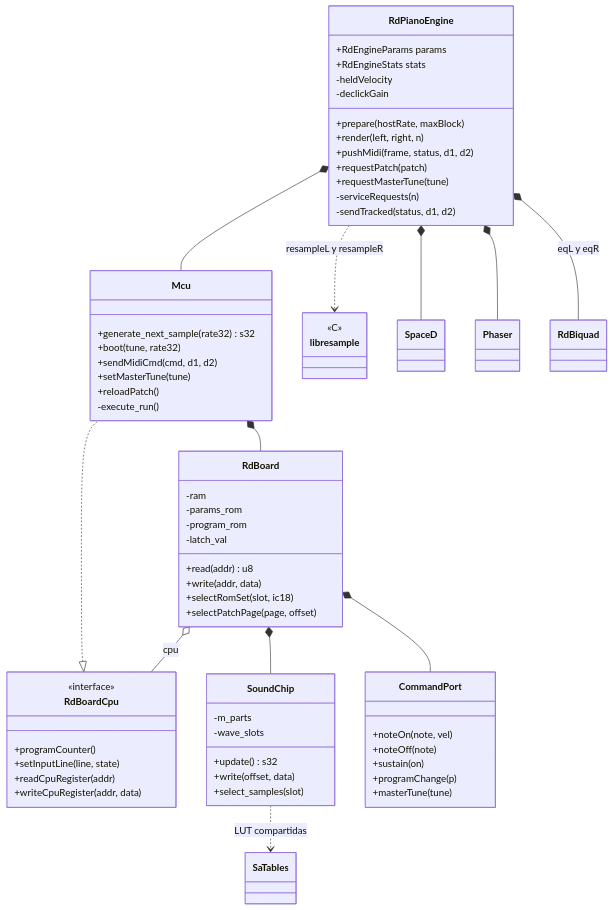
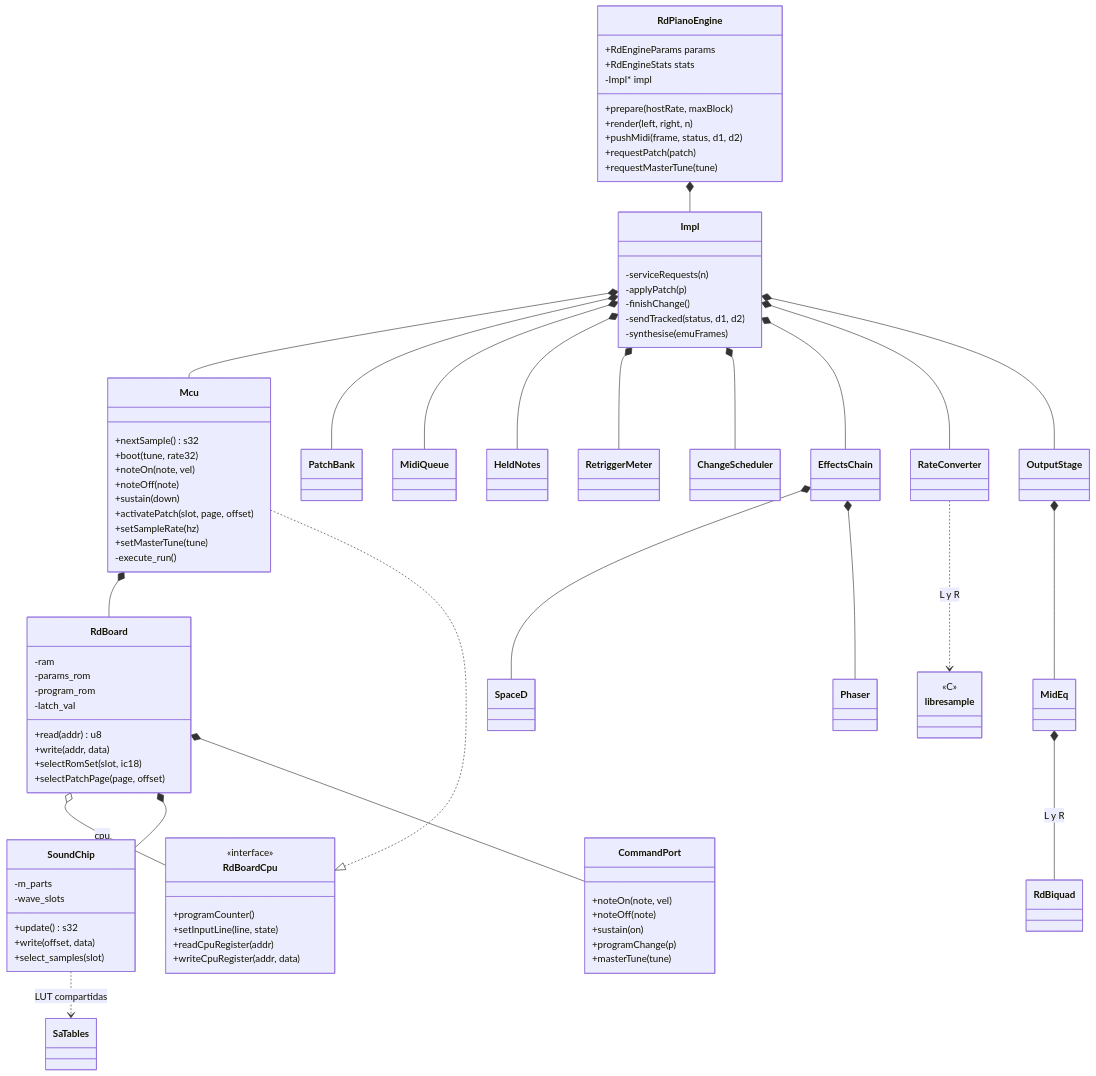
Before and after one commit to claudiodevia/rdpiano: the second of 12 diagrams in docs/ARQUITECTURA.md, drawn with Mermaid. The commit also changed other lines of this file and 37 other files, not shown here.

```diff
--- a/docs/ARQUITECTURA.md
+++ b/docs/ARQUITECTURA.md
@@ -103,17 +105,24 @@
         +pushMidi(frame, status, d1, d2)
         +requestPatch(patch)
         +requestMasterTune(tune)
+        -Impl* impl
+    }
+    class Impl {
         -serviceRequests(n)
+        -applyPatch(p)
+        -finishChange()
         -sendTracked(status, d1, d2)
-        -heldVelocity
-        -declickGain
+        -synthesise(emuFrames)
     }
     class Mcu {
-        +generate_next_sample(rate32) s32
+        +nextSample() s32
         +boot(tune, rate32)
-        +sendMidiCmd(cmd, d1, d2)
+        +noteOn(note, vel)
+        +noteOff(note)
+        +sustain(down)
+        +activatePatch(slot, page, offset)
+        +setSampleRate(hz)
         +setMasterTune(tune)
-        +reloadPatch()
         -execute_run()
     }
     class RdBoardCpu {
@@ -150,11 +159,21 @@
     class libresample {
         <<C>>
     }
-    RdPianoEngine *-- Mcu
-    RdPianoEngine *-- SpaceD
-    RdPianoEngine *-- Phaser
-    RdPianoEngine *-- RdBiquad : eqL y eqR
-    RdPianoEngine ..> libresample : resampleL y resampleR
+    RdPianoEngine *-- Impl
+    Impl *-- Mcu
+    Impl *-- PatchBank
+    Impl *-- MidiQueue
+    Impl *-- HeldNotes
+    Impl *-- RetriggerMeter
+    Impl *-- ChangeScheduler
+    Impl *-- EffectsChain
+    Impl *-- RateConverter
+    Impl *-- OutputStage
+    EffectsChain *-- SpaceD
+    EffectsChain *-- Phaser
+    OutputStage *-- MidEq
+    MidEq *-- RdBiquad : L y R
+    RateConverter ..> libresample : L y R
     RdBoardCpu <|.. Mcu
     Mcu *-- RdBoard
     RdBoard o-- RdBoardCpu : cpu
```
